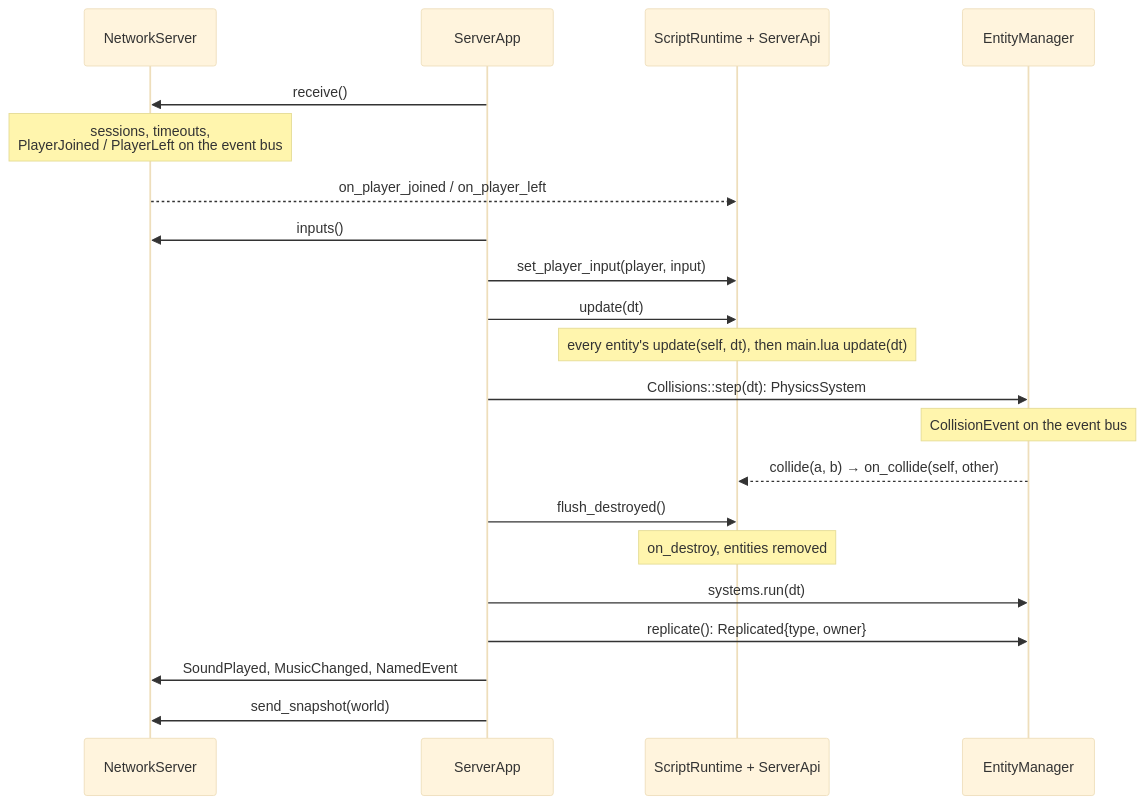
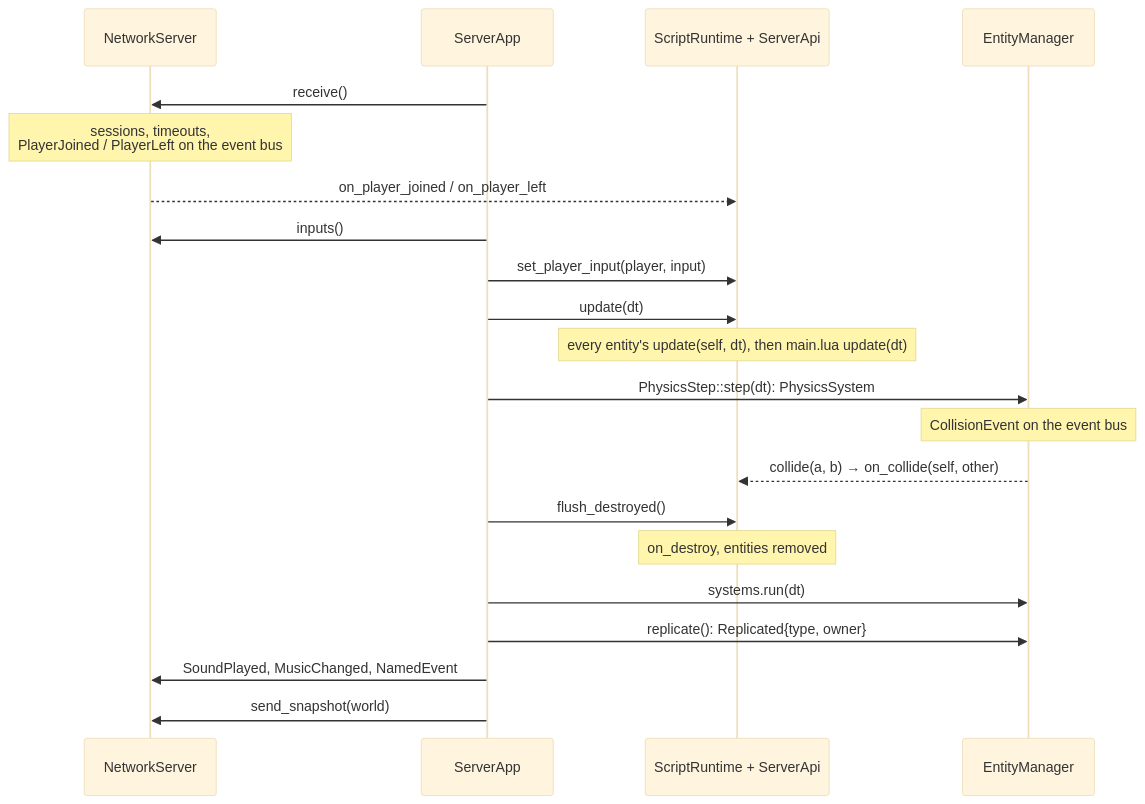
One commit to Saitamadupauvre/RType changed the fourth of 4 diagrams in docs/architecture.md. Above: the diagram before and after it, drawn with Mermaid (base theme). The commit also changed other lines of this file and 4 other files, not shown here.

Commit message:
refactor(app): rename Collisions to PhysicsStep since it also moves bodies

````diff
--- a/docs/architecture.md
+++ b/docs/architecture.md
@@ -345,23 +345,23 @@
 ```mermaid
 sequenceDiagram
     participant Net as NetworkServer
     participant App as ServerApp
     participant Lua as ScriptRuntime + ServerApi
     participant ECS as EntityManager
     App->>Net: receive()
     Note over Net: sessions, timeouts,<br/>PlayerJoined / PlayerLeft on the event bus
     Net-->>Lua: on_player_joined / on_player_left
     App->>Net: inputs()
     App->>Lua: set_player_input(player, input)
     App->>Lua: update(dt)
     Note over Lua: every entity's update(self, dt), then main.lua update(dt)
-    App->>ECS: Collisions::step(dt): PhysicsSystem
+    App->>ECS: PhysicsStep::step(dt): PhysicsSystem
     Note over ECS: CollisionEvent on the event bus
     ECS-->>Lua: collide(a, b) → on_collide(self, other)
     App->>Lua: flush_destroyed()
     Note over Lua: on_destroy, entities removed
     App->>ECS: systems.run(dt)
     App->>ECS: replicate(): Replicated{type, owner}
     App->>Net: SoundPlayed, MusicChanged, NamedEvent
     App->>Net: send_snapshot(world)
 ```
````
